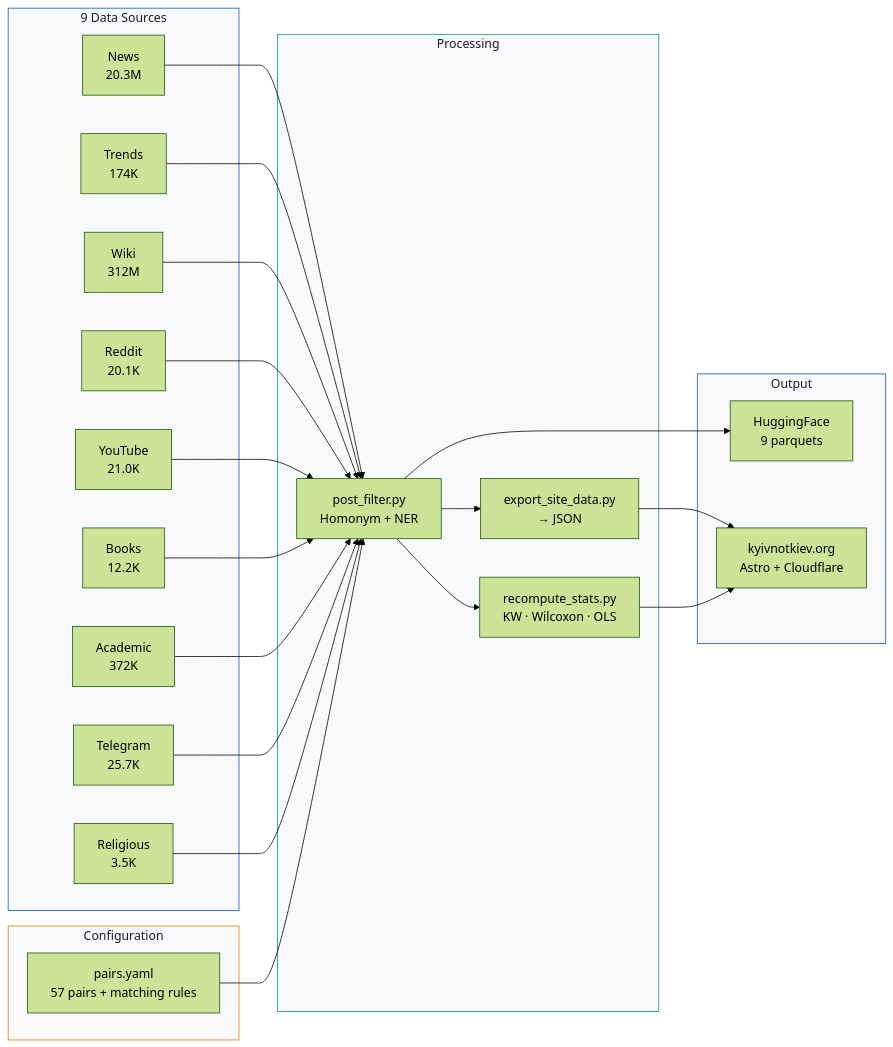
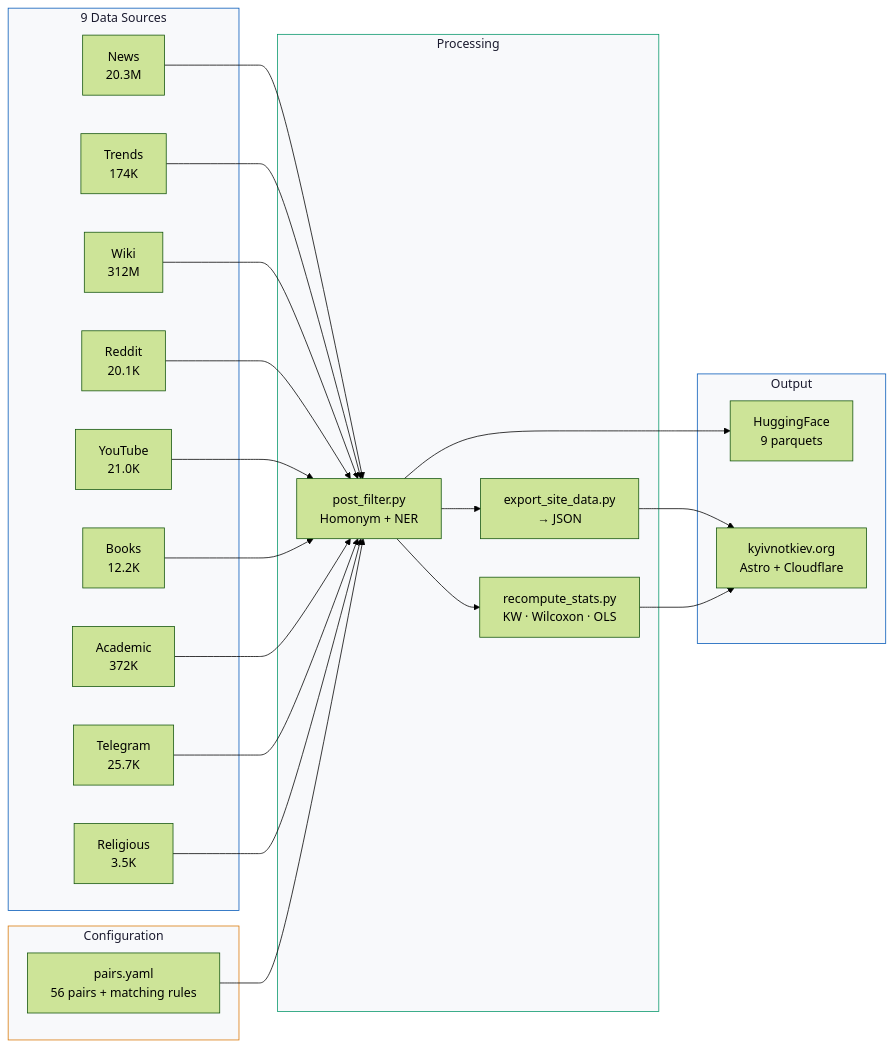
The diagram in README.md (IvanDobrovolsky/kyivnotkiev), drawn with Mermaid (forest theme) before and after one commit. The commit also changed other lines of this file and 13 other files, not shown here.

````diff
--- a/README.md
+++ b/README.md
@@ -48,39 +48,39 @@
 ```mermaid
 graph LR
     subgraph Sources["9 Data Sources"]
         style Sources fill:#f8f9fb,stroke:#0057B8,color:#1a1a2e
         GDELT["News<br/>20.3M"]
         Trends["Trends<br/>174K"]
         Wiki["Wiki<br/>312M"]
         Reddit["Reddit<br/>20.1K"]
         YT["YouTube<br/>21.0K"]
         Ngrams["Books<br/>12.2K"]
         OA["Academic<br/>372K"]
         TG["Telegram<br/>25.7K"]
         Rel["Religious<br/>3.5K"]
     end
 
     subgraph Config["Configuration"]
         style Config fill:#f8f9fb,stroke:#d97706,color:#1a1a2e
-        Pairs["pairs.yaml<br/>57 pairs + matching rules"]
+        Pairs["pairs.yaml<br/>56 pairs + matching rules"]
     end
 
     subgraph Processing["Processing"]
         style Processing fill:#f8f9fb,stroke:#059669,color:#1a1a2e
         PostFilter["post_filter.py<br/>Homonym + NER"]
         Export["export_site_data.py<br/>→ JSON"]
         Stats["recompute_stats.py<br/>KW · Wilcoxon · OLS"]
     end
 
     subgraph Output["Output"]
         style Output fill:#f8f9fb,stroke:#0057B8,color:#1a1a2e
         HF["HuggingFace<br/>9 parquets"]
         Site["kyivnotkiev.org<br/>Astro + Cloudflare"]
     end
 
     GDELT & Trends & Wiki & Reddit & YT & Ngrams & OA & TG & Rel --> PostFilter
     Pairs --> PostFilter
     PostFilter --> Export --> Site
     PostFilter --> Stats --> Site
     PostFilter --> HF
 ```
````
